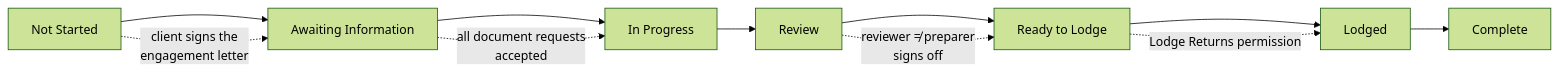
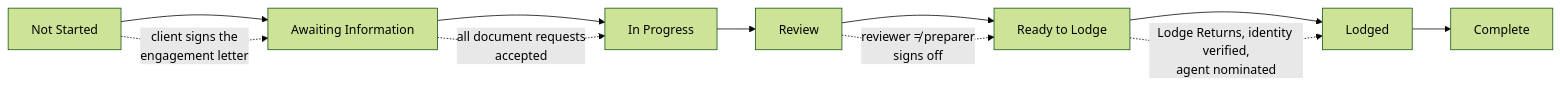
The fourth of 5 diagrams in docs/domain-workflows.md (SatwikNarangSegueIT/CRM-Migration-agent), drawn with Mermaid (forest theme) before and after one commit. The commit also changed other lines of this file and 33 other files, not shown here.

````diff
--- a/docs/domain-workflows.md
+++ b/docs/domain-workflows.md
@@ -255,8 +313,8 @@
 ```mermaid
 flowchart LR
   N[Not Started] --> AI[Awaiting Information] --> IP[In Progress] --> RV[Review] --> RL[Ready to Lodge] --> L[Lodged] --> C[Complete]
   N -. "client signs the<br/>engagement letter" .-> AI
   AI -. "all document requests<br/>accepted" .-> IP
   RV -. "reviewer ≠ preparer<br/>signs off" .-> RL
-  RL -. "Lodge Returns permission" .-> L
+  RL -. "Lodge Returns, identity verified,<br/>agent nominated" .-> L
 ```
````
